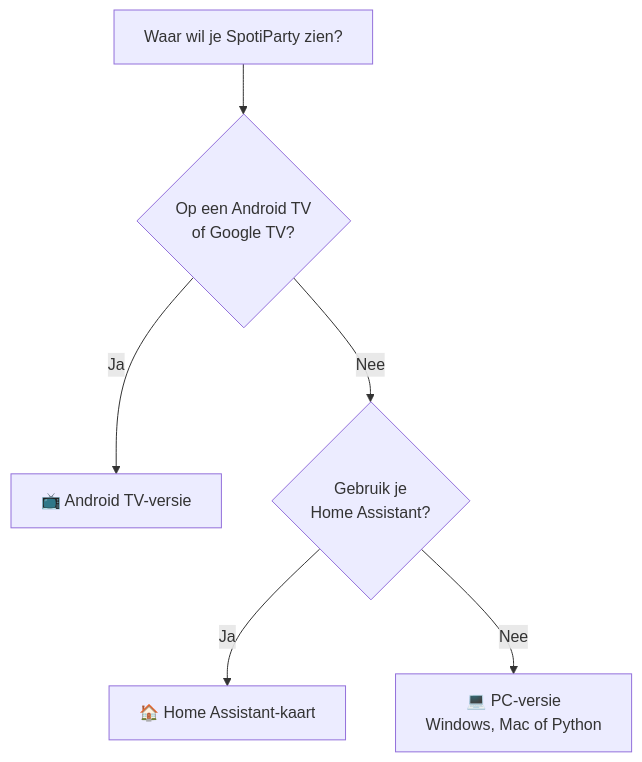
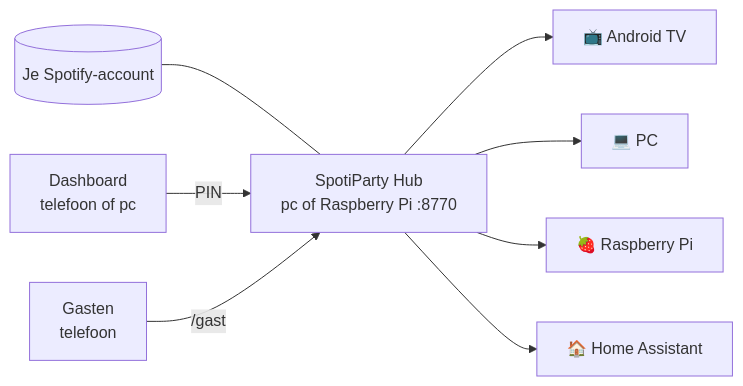
Before and after one commit to CodeAura/SpotiParty: the diagram in docs/aan-de-slag/README.md, drawn with Mermaid. The commit also changed other lines of this file and 28 other files, not shown here.

First line of the commit message:
docs: updated for 2.7.0 (Spotify at the Hub, party games, auto-update, release steps)

````diff
--- a/docs/aan-de-slag/README.md
+++ b/docs/aan-de-slag/README.md
@@ -12,8 +13,10 @@
 ```mermaid
-flowchart TD
-    A[Waar wil je SpotiParty zien?] --> B{Op een Android TV<br/>of Google TV?}
-    B -- Ja --> TV[📺 Android TV-versie]
-    B -- Nee --> C{Gebruik je<br/>Home Assistant?}
-    C -- Ja --> HA[🏠 Home Assistant-kaart]
-    C -- Nee --> PC[💻 PC-versie<br/>Windows, Mac of Python]
+flowchart LR
+    SP[(Je Spotify-account)] --- H[SpotiParty Hub<br/>pc of Raspberry Pi :8770]
+    D[Dashboard<br/>telefoon of pc] -->|PIN| H
+    H --> TV[📺 Android TV]
+    H --> PC[💻 PC]
+    H --> PI[🍓 Raspberry Pi]
+    H --> HA[🏠 Home Assistant]
+    G[Gasten<br/>telefoon] -->|/gast| H
 ```
````
